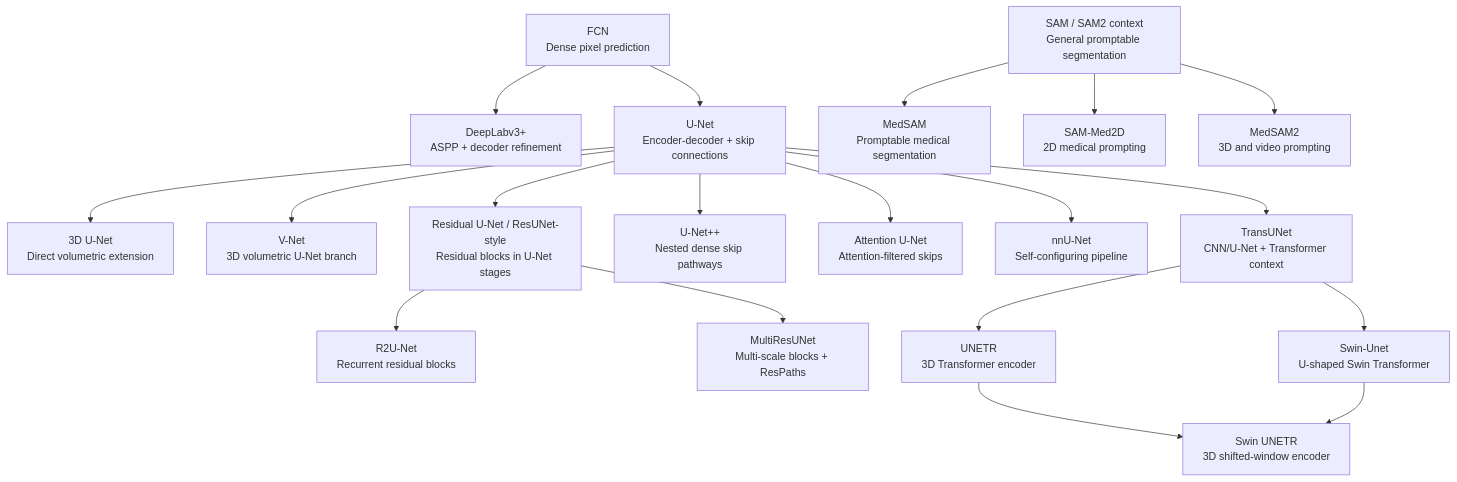
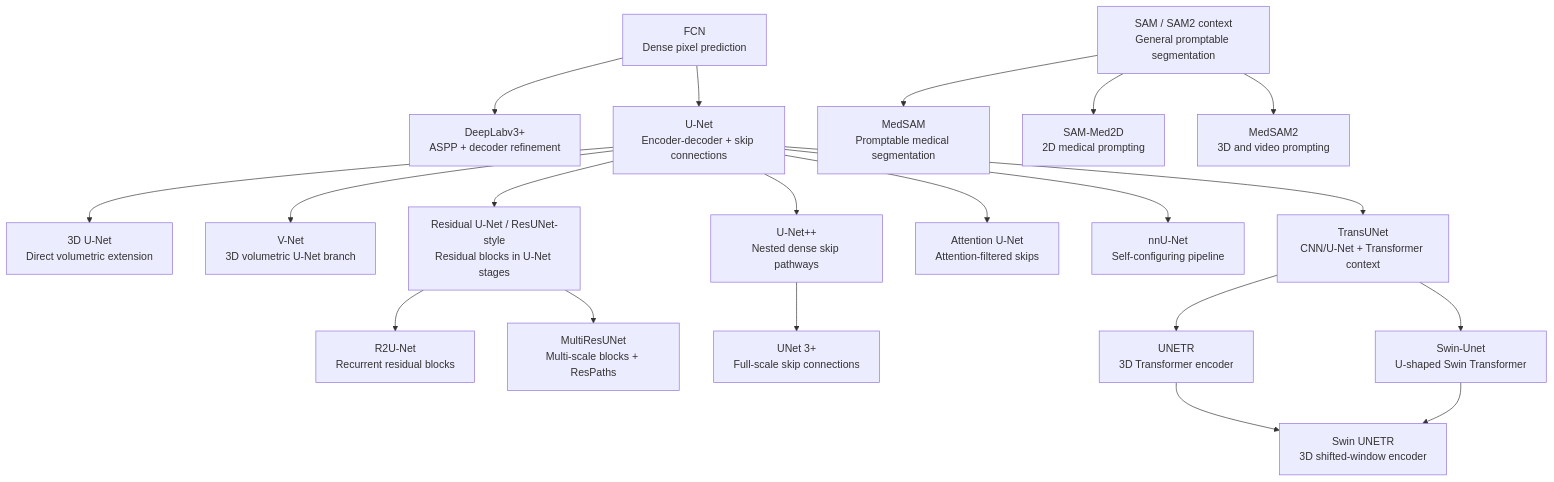
One commit to LeonSilva15/medical-image-segmentation-architectures changed the diagram in docs/evolution/lineage.md. Above: the diagram before and after it, drawn with Mermaid. The commit also changed 8 other files, not shown here.

Commit message:
docs(architectures): add unet 3+ reference entry

````diff
--- a/docs/evolution/lineage.md
+++ b/docs/evolution/lineage.md
@@ -7,41 +7,43 @@
 ```mermaid
 graph TD
     FCN["FCN<br/>Dense pixel prediction"]
     DeepLabV3Plus["DeepLabv3+<br/>ASPP + decoder refinement"]
     UNet["U-Net<br/>Encoder-decoder + skip connections"]
     UNet3D["3D U-Net<br/>Direct volumetric extension"]
     VNet["V-Net<br/>3D volumetric U-Net branch"]
     ResUNetStyle["Residual U-Net / ResUNet-style<br/>Residual blocks in U-Net stages"]
     R2UNet["R2U-Net<br/>Recurrent residual blocks"]
     MultiResUNet["MultiResUNet<br/>Multi-scale blocks + ResPaths"]
     UNetPP["U-Net++<br/>Nested dense skip pathways"]
+    UNet3Plus["UNet 3+<br/>Full-scale skip connections"]
     AttUNet["Attention U-Net<br/>Attention-filtered skips"]
     nnUNet["nnU-Net<br/>Self-configuring pipeline"]
     TransUNet["TransUNet<br/>CNN/U-Net + Transformer context"]
     SwinUnet["Swin-Unet<br/>U-shaped Swin Transformer"]
     UNETR["UNETR<br/>3D Transformer encoder"]
     SwinUNETR["Swin UNETR<br/>3D shifted-window encoder"]
     SAMRoot["SAM / SAM2 context<br/>General promptable segmentation"]
     MedSAM["MedSAM<br/>Promptable medical segmentation"]
     SAMMed2D["SAM-Med2D<br/>2D medical prompting"]
     MedSAM2["MedSAM2<br/>3D and video prompting"]
 
     FCN --> UNet
     FCN --> DeepLabV3Plus
     UNet --> UNet3D
     UNet --> VNet
     UNet --> ResUNetStyle
     UNet --> UNetPP
     UNet --> AttUNet
     UNet --> nnUNet
     UNet --> TransUNet
     ResUNetStyle --> R2UNet
     ResUNetStyle --> MultiResUNet
+    UNetPP --> UNet3Plus
     TransUNet --> SwinUnet
     TransUNet --> UNETR
     UNETR --> SwinUNETR
     SwinUnet --> SwinUNETR
     SAMRoot --> MedSAM
     SAMRoot --> SAMMed2D
     SAMRoot --> MedSAM2
 ```
````
